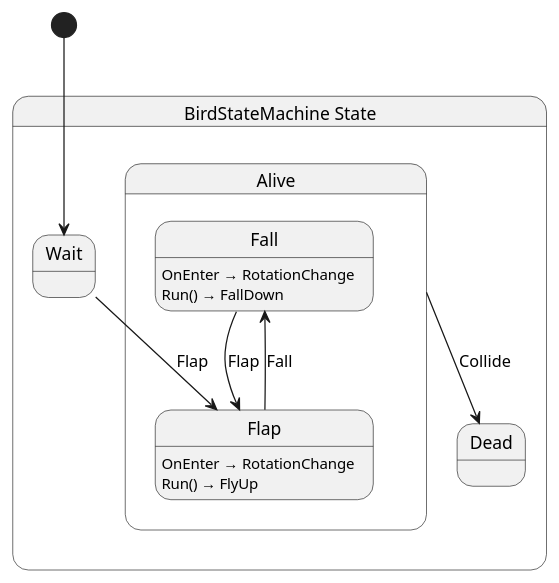
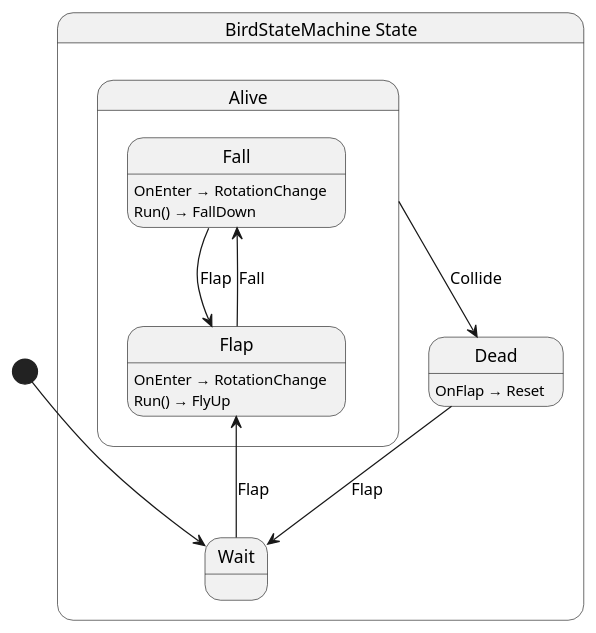
Before and after one commit to fm39hz/FlappyBirdGame: the diagram in src/Game/Creature/Bird/BirdStateMachine.g.puml, drawn with PlantUML. The commit also changed 4 other files, not shown here.

Commit message:
feat(bird): add reset on death

```diff
--- a/src/Game/Creature/Bird/BirdStateMachine.g.puml
+++ b/src/Game/Creature/Bird/BirdStateMachine.g.puml
@@ -1,22 +1,24 @@
 @startuml BirdStateMachine
 state "BirdStateMachine State" as FlappyBirdGame_Game_Creature_BirdStateMachine_State {
   state "Alive" as FlappyBirdGame_Game_Creature_BirdStateMachine_State_Alive {
     state "Fall" as FlappyBirdGame_Game_Creature_BirdStateMachine_State_Alive_Fall
     state "Flap" as FlappyBirdGame_Game_Creature_BirdStateMachine_State_Alive_Flap
   }
   state "Dead" as FlappyBirdGame_Game_Creature_BirdStateMachine_State_Dead
   state "Wait" as FlappyBirdGame_Game_Creature_BirdStateMachine_State_Wait
 }
 
 FlappyBirdGame_Game_Creature_BirdStateMachine_State_Alive --> FlappyBirdGame_Game_Creature_BirdStateMachine_State_Dead : Collide
 FlappyBirdGame_Game_Creature_BirdStateMachine_State_Alive_Fall --> FlappyBirdGame_Game_Creature_BirdStateMachine_State_Alive_Flap : Flap
 FlappyBirdGame_Game_Creature_BirdStateMachine_State_Alive_Flap --> FlappyBirdGame_Game_Creature_BirdStateMachine_State_Alive_Fall : Fall
+FlappyBirdGame_Game_Creature_BirdStateMachine_State_Dead --> FlappyBirdGame_Game_Creature_BirdStateMachine_State_Wait : Flap
 FlappyBirdGame_Game_Creature_BirdStateMachine_State_Wait --> FlappyBirdGame_Game_Creature_BirdStateMachine_State_Alive_Flap : Flap
 
 FlappyBirdGame_Game_Creature_BirdStateMachine_State_Alive_Fall : OnEnter → RotationChange
 FlappyBirdGame_Game_Creature_BirdStateMachine_State_Alive_Fall : Run() → FallDown
 FlappyBirdGame_Game_Creature_BirdStateMachine_State_Alive_Flap : OnEnter → RotationChange
 FlappyBirdGame_Game_Creature_BirdStateMachine_State_Alive_Flap : Run() → FlyUp
+FlappyBirdGame_Game_Creature_BirdStateMachine_State_Dead : OnFlap → Reset
 
 [*] --> FlappyBirdGame_Game_Creature_BirdStateMachine_State_Wait
 @enduml
```
